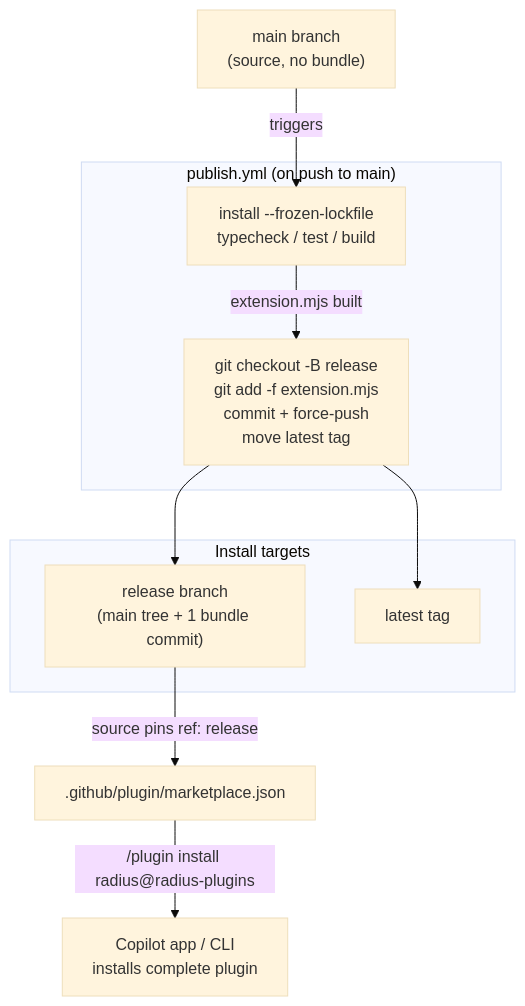
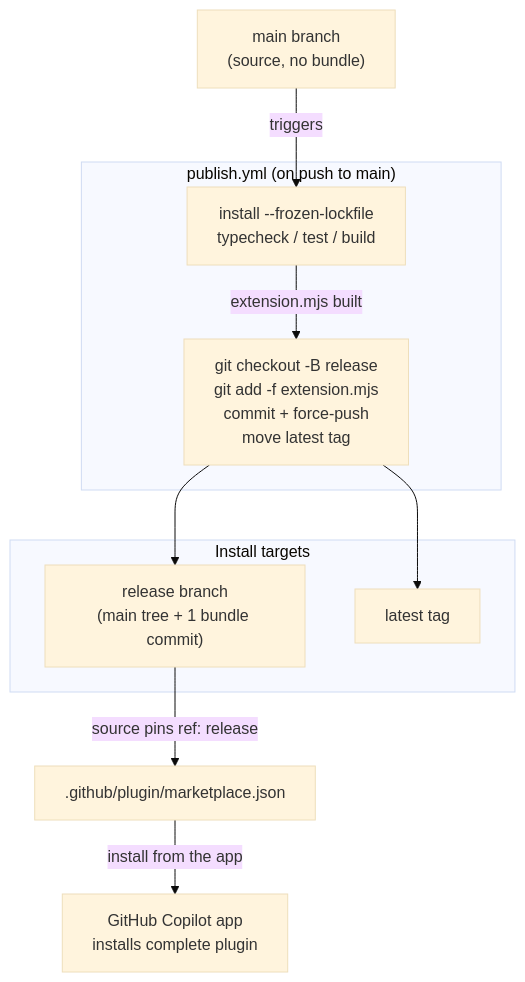
One commit to radius-project/ai-extensions changed the second of 2 diagrams in docs/architecture/plugin-packaging-and-publishing.md. Above: the diagram before and after it, drawn with Mermaid (base theme). The commit also changed other lines of this file and 3 other files, not shown here.

First line of the commit message:
docs: make install instructions app-only, remove CLI commands

````diff
--- a/docs/architecture/plugin-packaging-and-publishing.md
+++ b/docs/architecture/plugin-packaging-and-publishing.md
@@ -72,21 +72,21 @@
 ```mermaid
 graph TD
     subgraph CI["publish.yml (on push to main)"]
         Steps["install --frozen-lockfile<br/>typecheck / test / build"]
         Assemble["git checkout -B release<br/>git add -f extension.mjs<br/>commit + force-push<br/>move latest tag"]
     end
 
     Main["main branch<br/>(source, no bundle)"] -->|triggers| Steps
     Steps -->|extension.mjs built| Assemble
 
     subgraph Published["Install targets"]
         Release["release branch<br/>(main tree + 1 bundle commit)"]
         Latest["latest tag"]
     end
 
     Assemble --> Release
     Assemble --> Latest
 
     Release -->|source pins ref: release| MP[".github/plugin/marketplace.json"]
-    MP -->|/plugin install radius@radius-plugins| Install["Copilot app / CLI<br/>installs complete plugin"]
+    MP -->|install from the app| Install["GitHub Copilot app<br/>installs complete plugin"]
 ```
````
